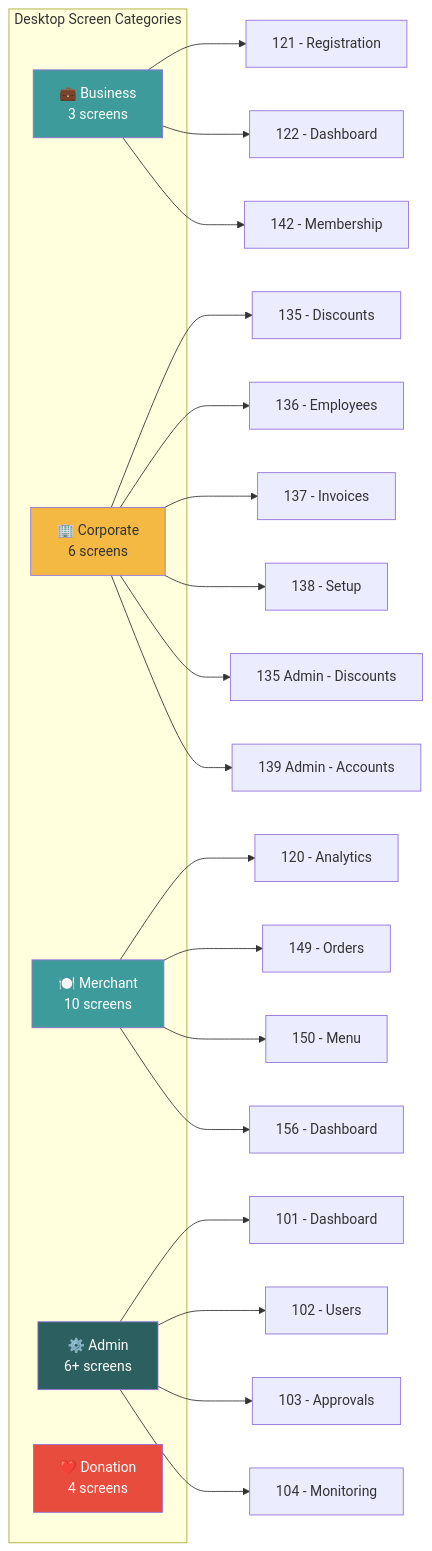
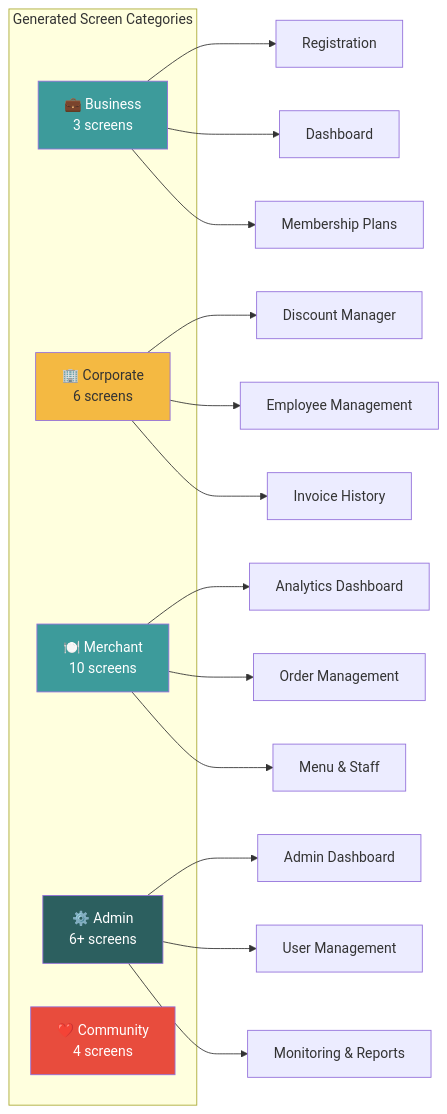
One commit to MaazSohail11/Figma-Screen-generator changed the second of 4 diagrams in README.md. Above: the diagram before and after it, drawn with Mermaid. The commit also changed other lines of this file, not shown here.

Commit message:
Rewrite README: position as generic Figma Screen Generator tool, remove domain-specific branding

````diff
--- a/README.md
+++ b/README.md
@@ -172,37 +174,32 @@
 ```mermaid
 graph LR
-    subgraph "Desktop Screen Categories"
+    subgraph "Generated Screen Categories"
         BIZ["💼 Business<br/>3 screens"]
         CORP["🏢 Corporate<br/>6 screens"]
         MERCH["🍽️ Merchant<br/>10 screens"]
         ADMIN["⚙️ Admin<br/>6+ screens"]
-        DONATE["❤️ Donation<br/>4 screens"]
+        DONATE["❤️ Community<br/>4 screens"]
     end
 
-    BIZ --> B1["121 - Registration"]
-    BIZ --> B2["122 - Dashboard"]
-    BIZ --> B3["142 - Membership"]
+    BIZ --> B1["Registration"]
+    BIZ --> B2["Dashboard"]
+    BIZ --> B3["Membership Plans"]
 
-    CORP --> C1["135 - Discounts"]
-    CORP --> C2["136 - Employees"]
-    CORP --> C3["137 - Invoices"]
-    CORP --> C4["138 - Setup"]
-    CORP --> C5["135 Admin - Discounts"]
-    CORP --> C6["139 Admin - Accounts"]
+    CORP --> C1["Discount Manager"]
+    CORP --> C2["Employee Management"]
+    CORP --> C3["Invoice History"]
 
-    MERCH --> M1["120 - Analytics"]
-    MERCH --> M2["149 - Orders"]
-    MERCH --> M3["150 - Menu"]
-    MERCH --> M4["156 - Dashboard"]
+    MERCH --> M1["Analytics Dashboard"]
+    MERCH --> M2["Order Management"]
+    MERCH --> M3["Menu & Staff"]
 
-    ADMIN --> A1["101 - Dashboard"]
-    ADMIN --> A2["102 - Users"]
-    ADMIN --> A3["103 - Approvals"]
-    ADMIN --> A4["104 - Monitoring"]
+    ADMIN --> A1["Admin Dashboard"]
+    ADMIN --> A2["User Management"]
+    ADMIN --> A3["Monitoring & Reports"]
 
     style BIZ fill:#3D9B9B,color:#fff
     style CORP fill:#F4B942,color:#333
     style MERCH fill:#3D9B9B,color:#fff
     style ADMIN fill:#2C5F5F,color:#fff
     style DONATE fill:#E84C3D,color:#fff
 ```
````
